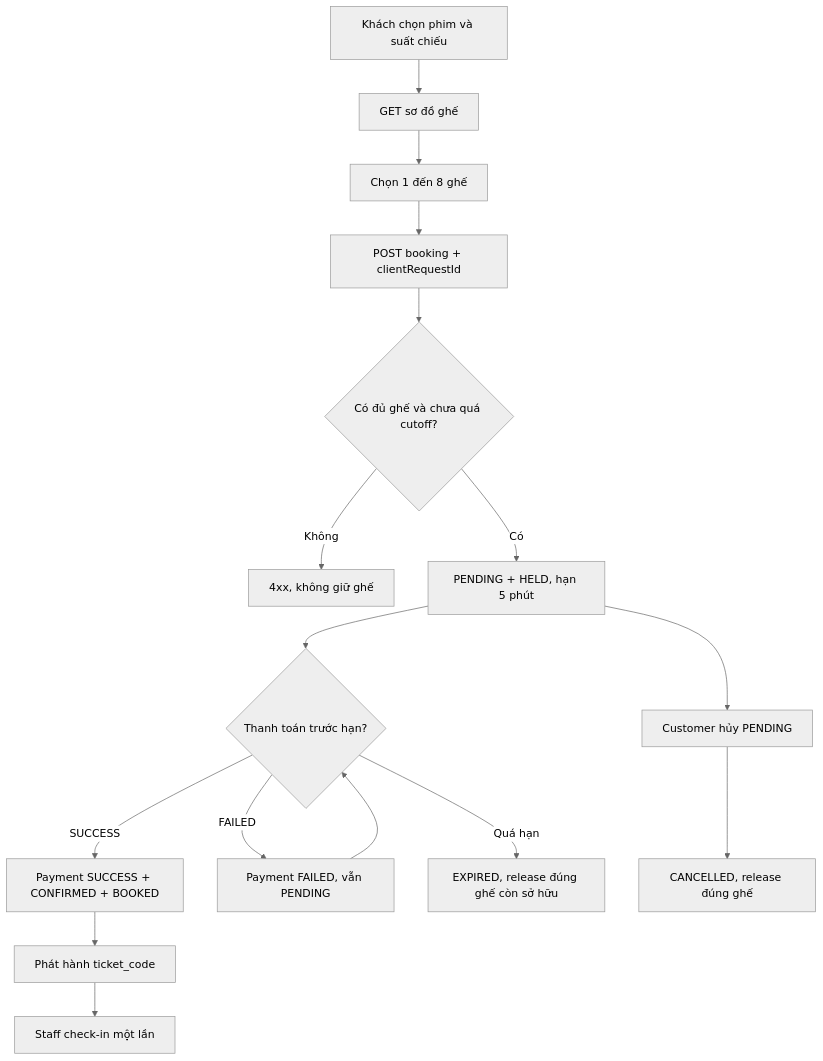
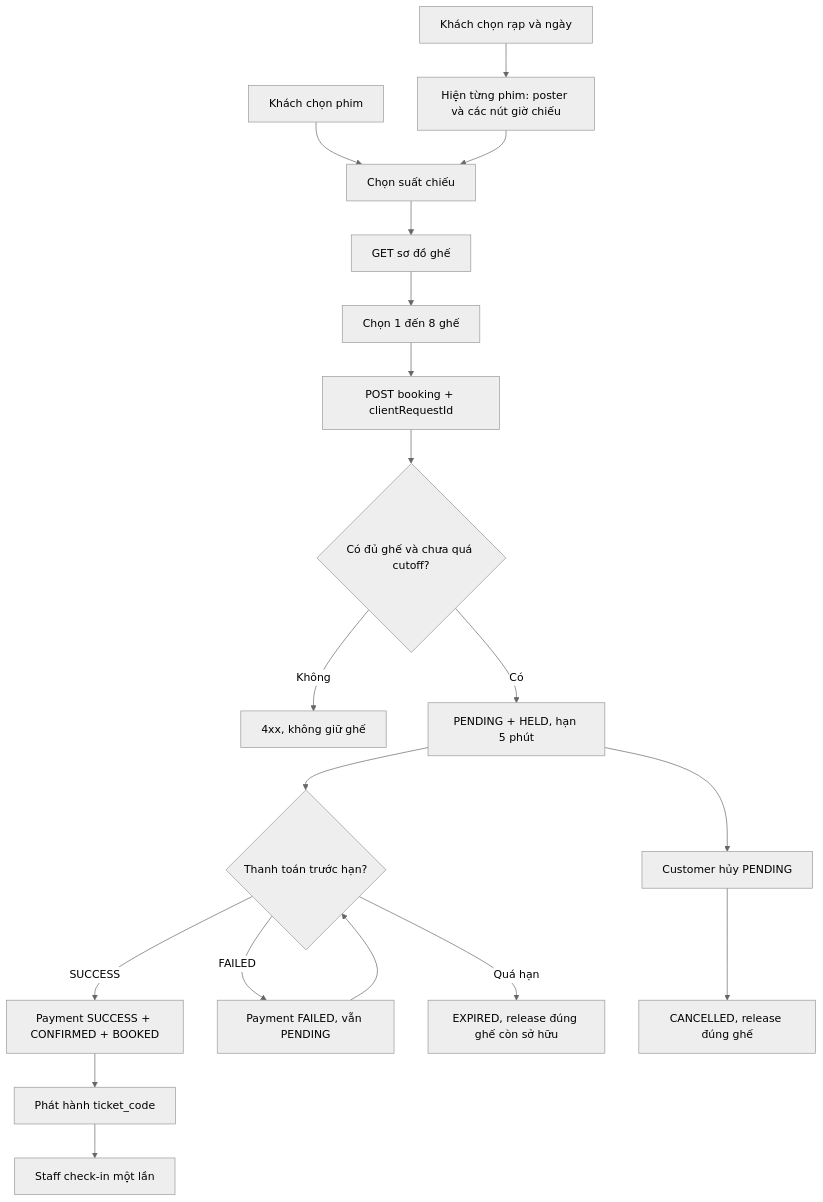
One commit to HungB2303818/cinema changed the first of 5 diagrams in cinema-booking-ai-kit/docs/04-WORKFLOWS.md. Above: the diagram before and after it, drawn with Mermaid (neutral theme). The commit also changed other lines of this file and 37 other files, not shown here.

````diff
--- a/cinema-booking-ai-kit/docs/04-WORKFLOWS.md
+++ b/cinema-booking-ai-kit/docs/04-WORKFLOWS.md
@@ -7,18 +7,21 @@
 ```mermaid
 flowchart TD
-    A[Khách chọn phim và suất chiếu] --> B[GET sơ đồ ghế]
+    A0[Khách chọn phim] --> A[Chọn suất chiếu]
+    R[Khách chọn rạp và ngày] --> RG[Hiện từng phim: poster và các nút giờ chiếu]
+    RG --> A
+    A --> B[GET sơ đồ ghế]
     B --> C[Chọn 1 đến 8 ghế]
     C --> D[POST booking + clientRequestId]
     D --> E{Có đủ ghế và chưa quá cutoff?}
     E -- Không --> X[4xx, không giữ ghế]
     E -- Có --> F[PENDING + HELD, hạn 5 phút]
     F --> G{Thanh toán trước hạn?}
     G -- SUCCESS --> H[Payment SUCCESS + CONFIRMED + BOOKED]
     H --> I[Phát hành ticket_code]
     I --> J[Staff check-in một lần]
     G -- FAILED --> K[Payment FAILED, vẫn PENDING]
     K --> G
     G -- Quá hạn --> L[EXPIRED, release đúng ghế còn sở hữu]
     F --> M[Customer hủy PENDING]
     M --> N[CANCELLED, release đúng ghế]
 ```
````
